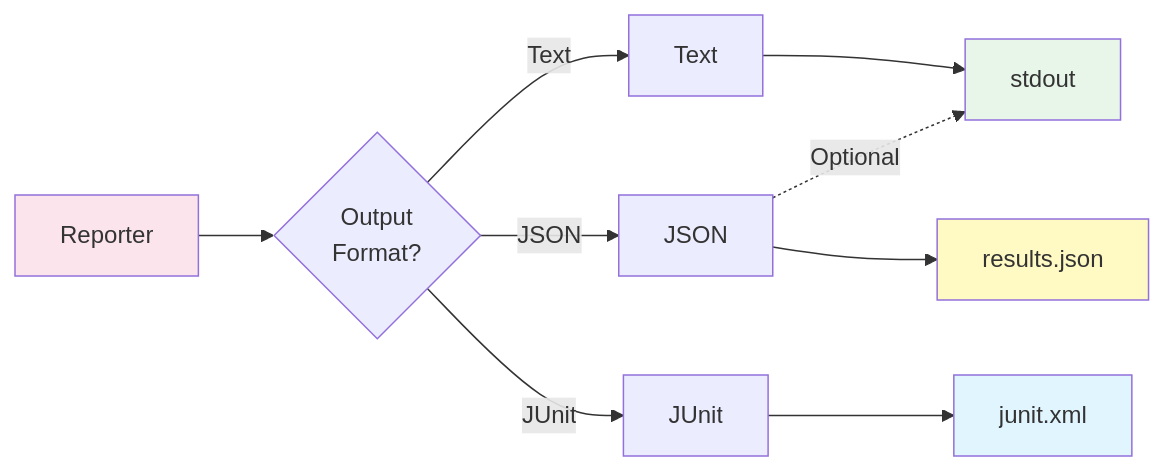
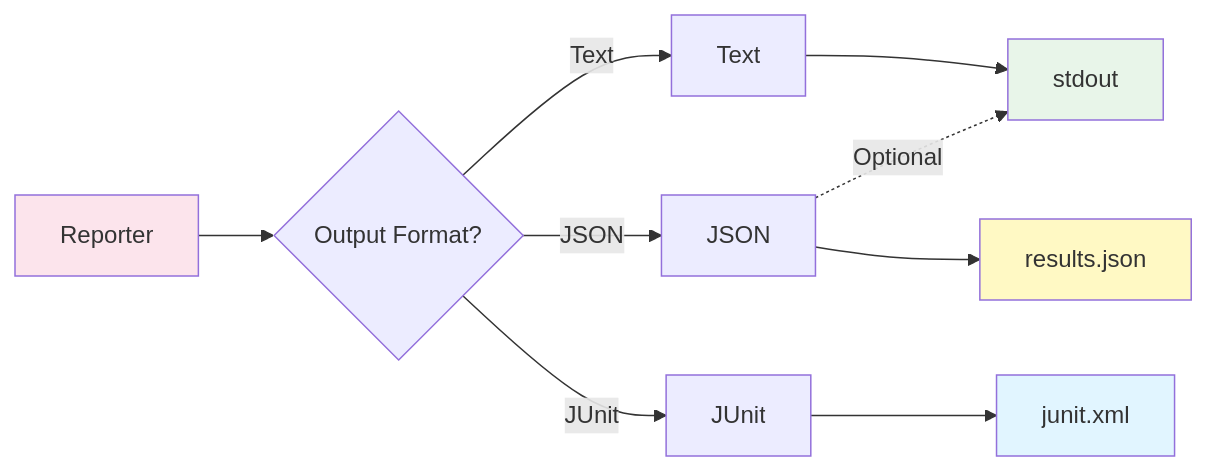
One commit to softwarewrighter/ui-test-rs changed diagram 13 of 14 in wiki/Reporter.md. Above: the diagram before and after it, drawn with Mermaid. The commit also changed other lines of this file and 10 other files, not shown here.

First line of the commit message:
Fix wiki Mermaid diagrams: remove <br/> tags

````diff
--- a/wiki/Reporter.md
+++ b/wiki/Reporter.md
@@ -567,29 +567,29 @@
 ```mermaid
 flowchart LR
     Reporter[Reporter]
-    Format{Output<br/>Format?}
+    Format{Output Format?}
 
     Text[Text]
     Json[JSON]
     Junit[JUnit]
 
     StdOut[stdout]
     JsonFile[results.json]
     JunitFile[junit.xml]
 
     Reporter --> Format
 
     Format -->|Text| Text
     Format -->|JSON| Json
     Format -->|JUnit| Junit
 
     Text --> StdOut
     Json --> JsonFile
     Json -.->|Optional| StdOut
     Junit --> JunitFile
 
     style Reporter fill:#fce4ec
     style StdOut fill:#e8f5e9
     style JsonFile fill:#fff9c4
     style JunitFile fill:#e1f5ff
 ```
````
